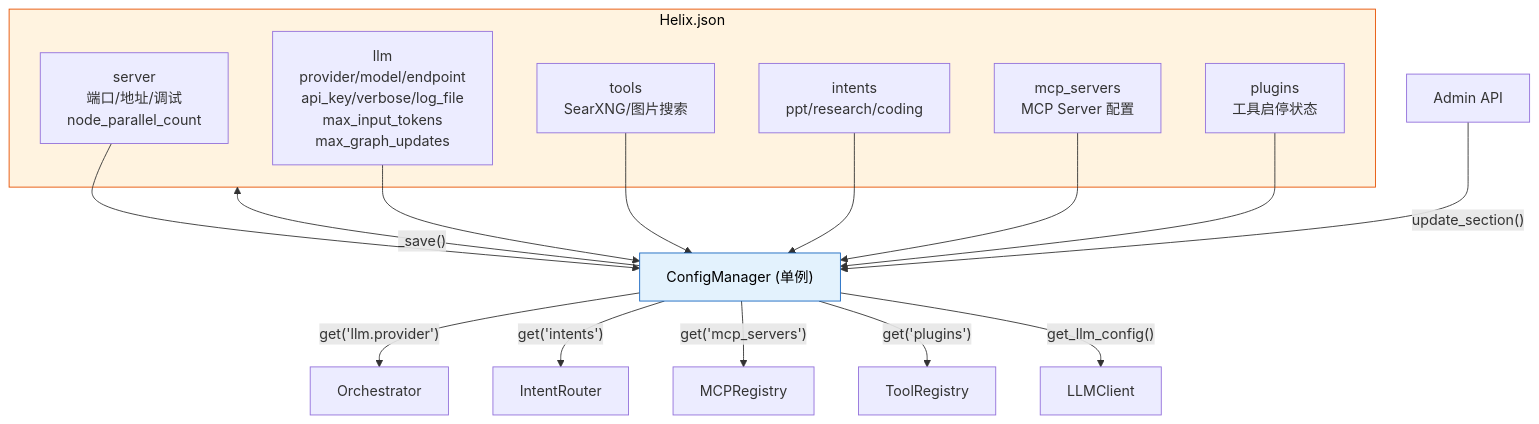
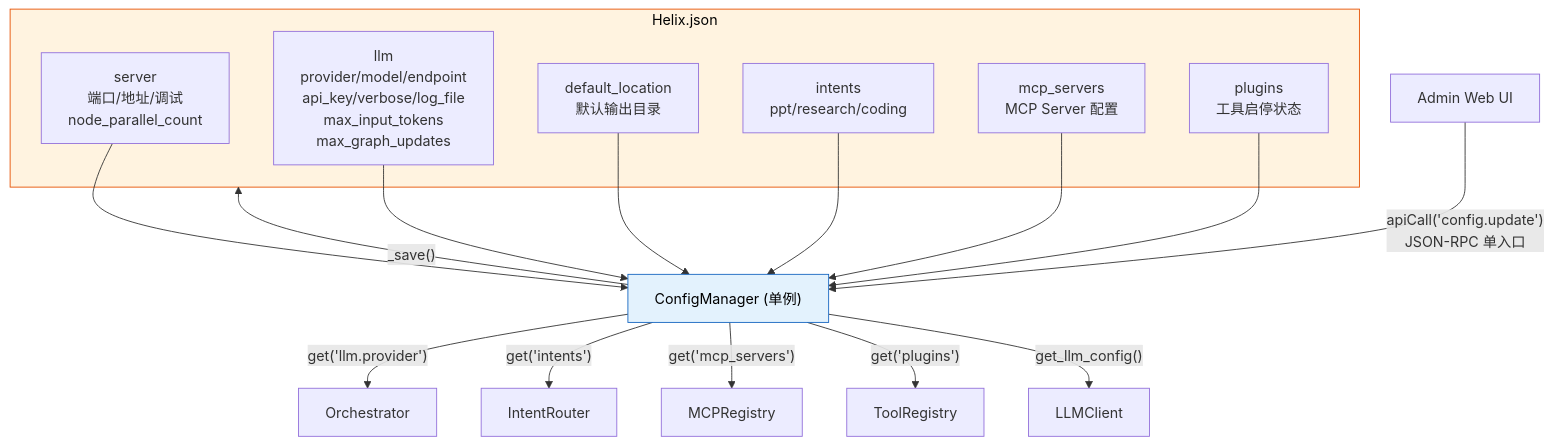
Before and after one commit to jimmylang74/Helix: diagram 13 of 16 in doc/design.md, drawn with Mermaid. The commit also changed other lines of this file, not shown here.

````diff
--- a/doc/design.md
+++ b/doc/design.md
@@ -879,32 +905,32 @@
 ```mermaid
 graph TB
     subgraph Config["Helix.json"]
         S["server<br/>端口/地址/调试<br/>node_parallel_count"]
         L["llm<br/>provider/model/endpoint<br/>api_key/verbose/log_file<br/>max_input_tokens<br/>max_graph_updates"]
-        T["tools<br/>SearXNG/图片搜索"]
+        D["default_location<br/>默认输出目录"]
         I["intents<br/>ppt/research/coding"]
         M["mcp_servers<br/>MCP Server 配置"]
         P["plugins<br/>工具启停状态"]
     end
 
     CM["ConfigManager (单例)"]
 
     S --> CM
     L --> CM
-    T --> CM
+    D --> CM
     I --> CM
     M --> CM
     P --> CM
 
     CM -->|"get('llm.provider')"| ORCH["Orchestrator"]
     CM -->|"get('intents')"| IR["IntentRouter"]
     CM -->|"get('mcp_servers')"| MR["MCPRegistry"]
     CM -->|"get('plugins')"| TR["ToolRegistry"]
     CM -->|"get_llm_config()"| LLM["LLMClient"]
 
-    ADMIN["Admin API"] -->|"update_section()"| CM
+    ADMIN["Admin Web UI"] -->|"apiCall('config.update')<br/>JSON-RPC 单入口"| CM
     CM -->|"_save()"| Config
 
     style Config fill:#fff3e0,stroke:#e65100,color:#000
     style CM fill:#e3f2fd,stroke:#1565c0,color:#000
 ```
````
